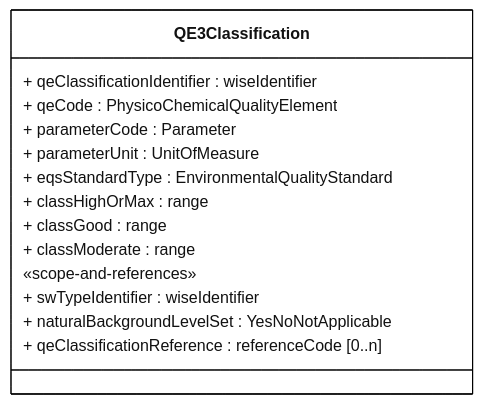
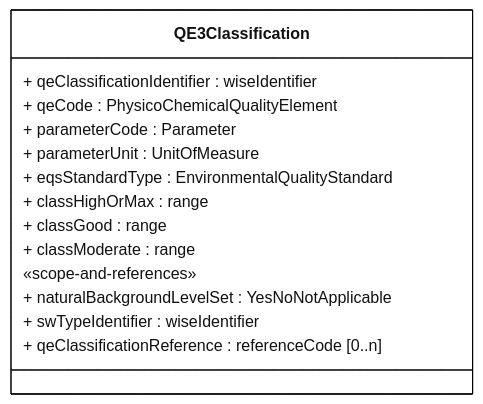
Before and after one commit to eeadata/WISE.WFD.Documentation: the diagram in docs/DataModelReview/mmd/SurfaceWaterMethodologies_4thCycle_QE3Classification_ClassDiagram.mmd, drawn with Mermaid. The commit also changed other lines of this file and 8 other files, not shown here.

Commit message:
Typos in diagrams

```diff
--- a/docs/DataModelReview/mmd/SurfaceWaterMethodologies_4thCycle_QE3Classification_ClassDiagram.mmd
+++ b/docs/DataModelReview/mmd/SurfaceWaterMethodologies_4thCycle_QE3Classification_ClassDiagram.mmd
@@ -1,30 +1,30 @@
 ---
 config:
   class:
     hideEmptyMembersBox: true
   layout: dagre
   theme: neutral
 ---
 classDiagram
 direction LR
 
 class QE3Classification{
 + qeClassificationIdentifier : wiseIdentifier
 + qeCode : PhysicoChemicalQualityElement
 + parameterCode : Parameter
 + parameterUnit : UnitOfMeasure
 + eqsStandardType : EnvironmentalQualityStandard
 + classHighOrMax : range
 + classGood : range
 + classModerate : range
 
 «scope-and-references»
++ naturalBackgroundLevelSet : YesNoNotApplicable
 + swTypeIdentifier : wiseIdentifier
-+ naturalBackgroundLevelSet : YesNoNotApplicable
 + qeClassificationReference : referenceCode [0..n]
 }
 
 
 classDef default fill:white,stroke:#000;
 classDef forFixing fill:white,stroke:#f00;
 classDef partial fill:lightyellow,stroke:#000;
```
